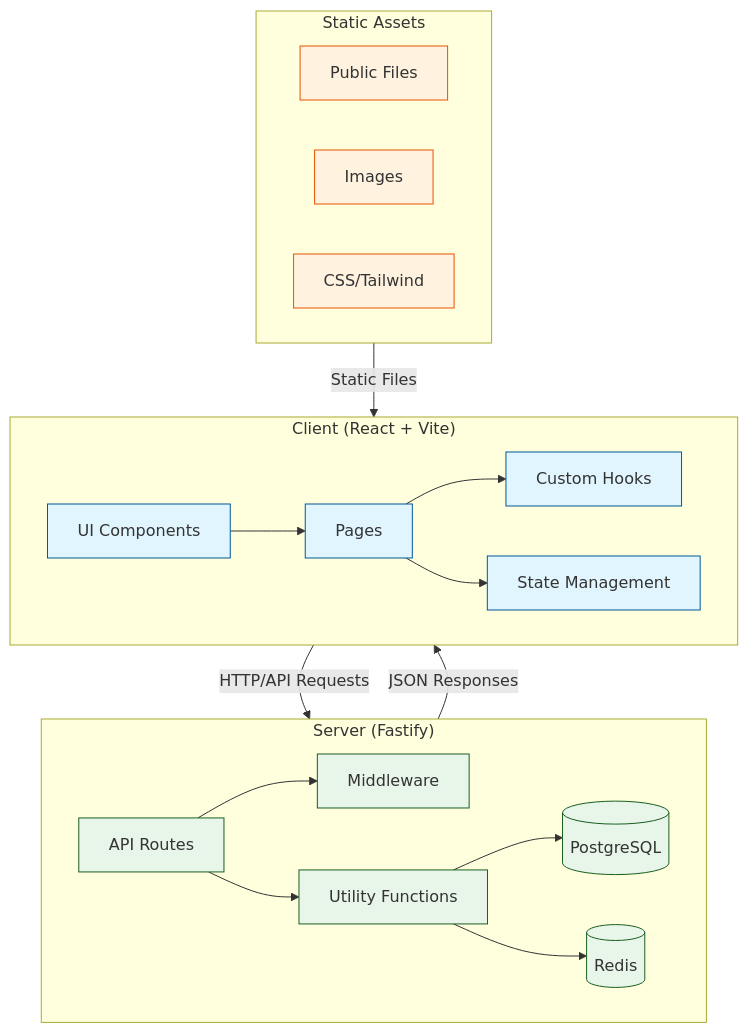
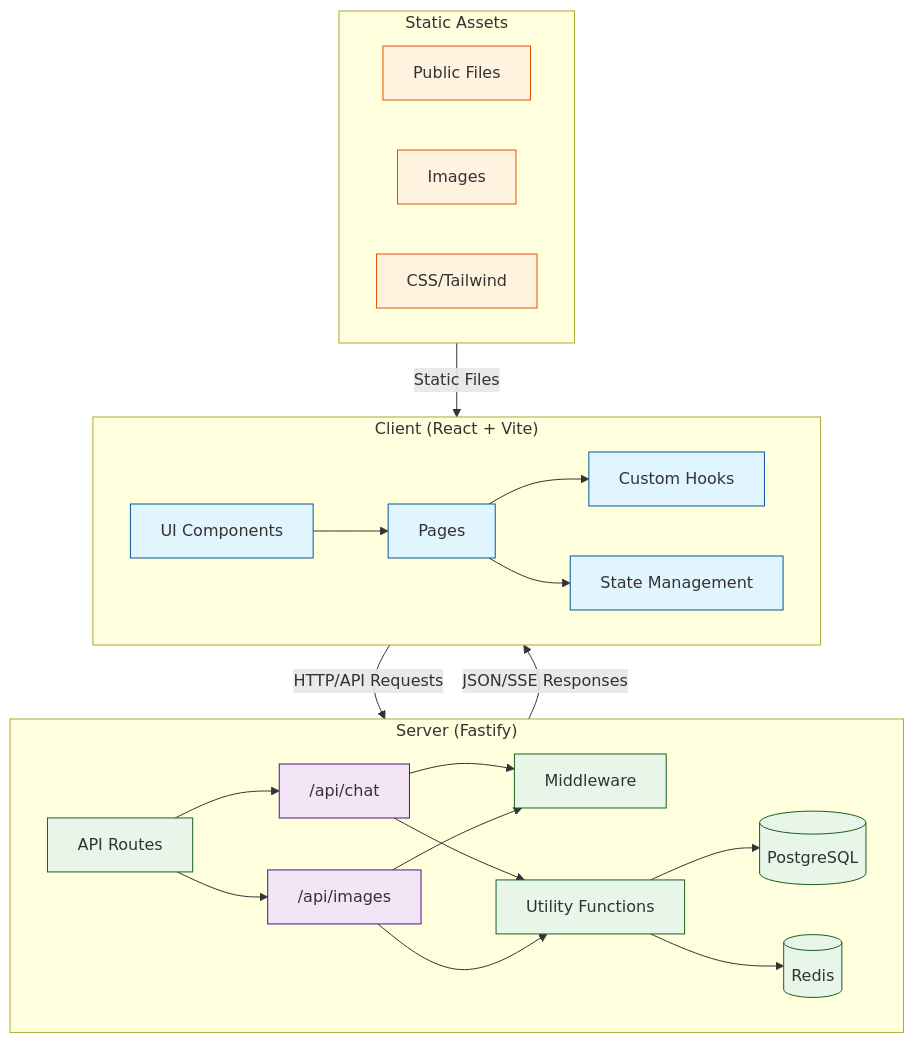
One commit to heroku-examples/mia-inference-chat changed the diagram in docs/architecture.md. Above: the diagram before and after it, drawn with Mermaid. The commit also changed 2 other files, not shown here.

````diff
--- a/docs/architecture.md
+++ b/docs/architecture.md
@@ -8,43 +8,51 @@
 ```mermaid
 graph TB
     subgraph Client ["Client (React + Vite)"]
         UI[UI Components]
         Pages[Pages]
         Hooks[Custom Hooks]
         State[State Management]
         UI --> Pages
         Pages --> Hooks
         Pages --> State
     end
 
     subgraph Server ["Server (Fastify)"]
         API[API Routes]
+        ChatAPI["/api/chat"]
+        ImagesAPI["/api/images"]
         Middleware[Middleware]
         LibUtils[Utility Functions]
         DB[(PostgreSQL)]
         Cache[(Redis)]
 
-        API --> Middleware
-        API --> LibUtils
+        API --> ChatAPI
+        API --> ImagesAPI
+        ChatAPI --> Middleware
+        ImagesAPI --> Middleware
+        ChatAPI --> LibUtils
+        ImagesAPI --> LibUtils
         LibUtils --> DB
         LibUtils --> Cache
     end
 
     subgraph Assets ["Static Assets"]
         Public[Public Files]
         Images[Images]
         Styles[CSS/Tailwind]
     end
 
     Client --"HTTP/API Requests"--> Server
-    Server --"JSON Responses"--> Client
+    Server --"JSON/SSE Responses"--> Client
     Assets --"Static Files"--> Client
 
     classDef clientNode fill:#e1f5fe,stroke:#01579b
     classDef serverNode fill:#e8f5e9,stroke:#1b5e20
     classDef assetNode fill:#fff3e0,stroke:#e65100
+    classDef apiNode fill:#f3e5f5,stroke:#4a148c
 
     class UI,Pages,Hooks,State clientNode
     class API,Middleware,LibUtils,DB,Cache serverNode
     class Public,Images,Styles assetNode
+    class ChatAPI,ImagesAPI apiNode
 ```
````
